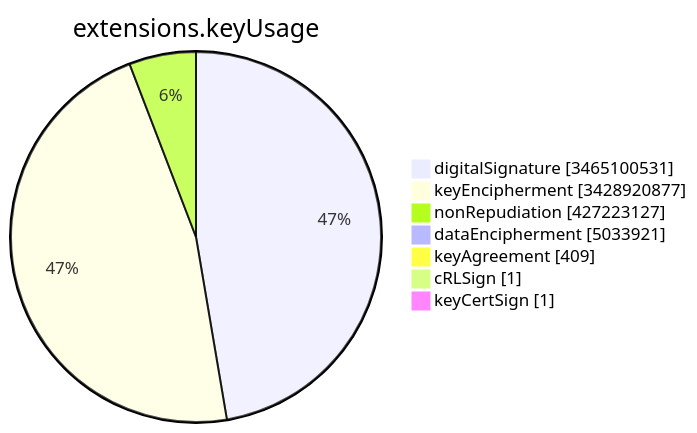
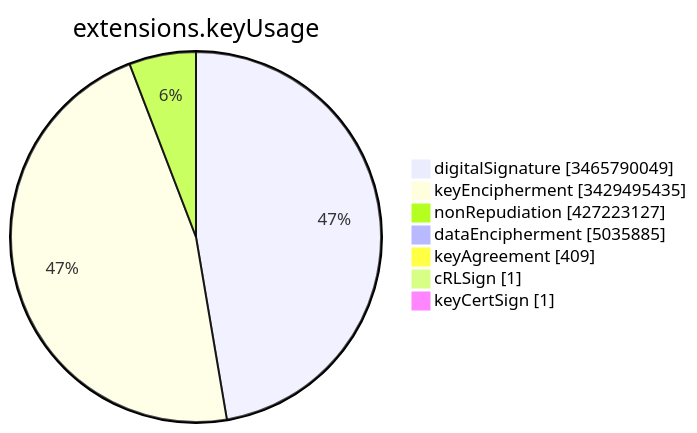
One commit to christiankrug/ctmonitor_visualization changed the sixth of 15 diagrams in TOTAL/README.md. Above: the diagram before and after it, drawn with Mermaid. The commit also changed other lines of this file, not shown here.

````diff
--- a/TOTAL/README.md
+++ b/TOTAL/README.md
@@ -3082,11 +3082,11 @@
 ```mermaid
 pie showData
 title extensions.keyUsage
-"digitalSignature" :3465100531
-"keyEncipherment" :3428920877
+"digitalSignature" :3465790049
+"keyEncipherment" :3429495435
 "nonRepudiation" :427223127
-"dataEncipherment" :5033921
+"dataEncipherment" :5035885
 "keyAgreement" :409
 "cRLSign" :1
 "keyCertSign" :1
 ```
````
